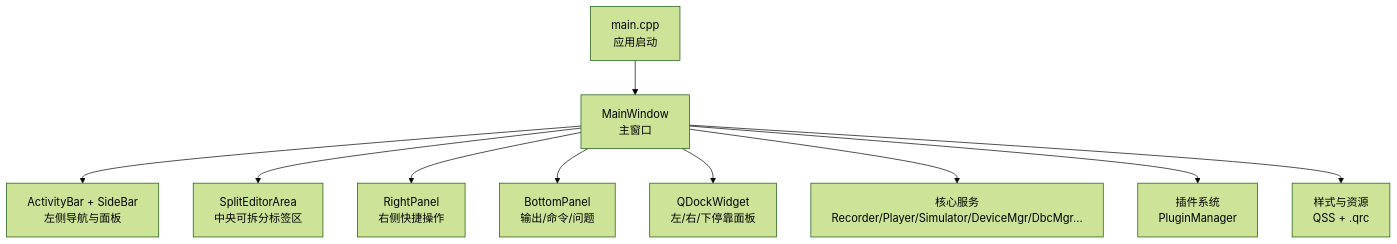
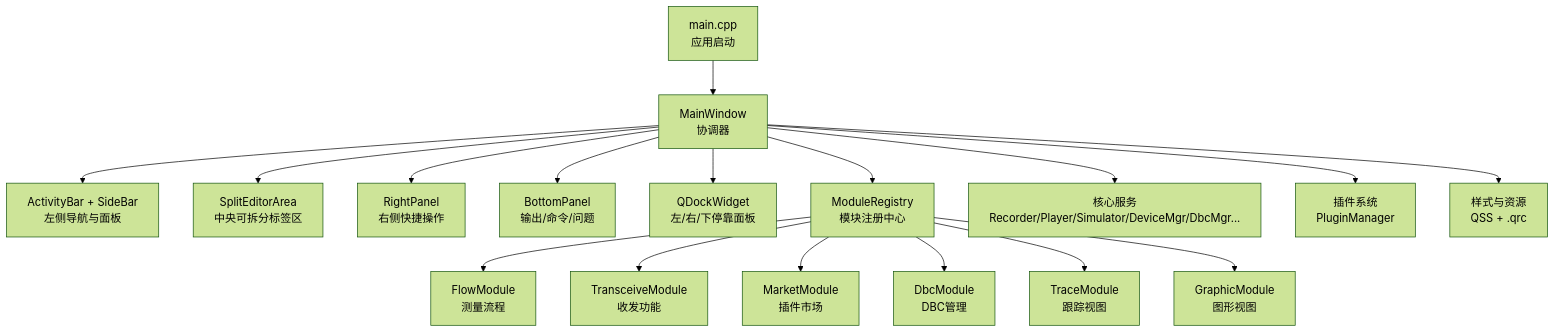
The first of 8 diagrams in .qoder/repowiki/zh/content/架构设计/主窗口组件架构.md (jakecai1225-design/OpenBus), drawn with Mermaid (forest theme) before and after one commit. The commit also changed other lines of this file and 177 other files, not shown here.

````diff
--- a/.qoder/repowiki/zh/content/架构设计/主窗口组件架构.md
+++ b/.qoder/repowiki/zh/content/架构设计/主窗口组件架构.md
@@ -33,12 +46,19 @@
 ```mermaid
 graph TB
-A["main.cpp<br/>应用启动"] --> B["MainWindow<br/>主窗口"]
+A["main.cpp<br/>应用启动"] --> B["MainWindow<br/>协调器"]
 B --> C["ActivityBar + SideBar<br/>左侧导航与面板"]
 B --> D["SplitEditorArea<br/>中央可拆分标签区"]
 B --> E["RightPanel<br/>右侧快捷操作"]
 B --> F["BottomPanel<br/>输出/命令/问题"]
 B --> G["QDockWidget<br/>左/右/下停靠面板"]
-B --> H["核心服务<br/>Recorder/Player/Simulator/DeviceMgr/DbcMgr..."]
-B --> I["插件系统<br/>PluginManager"]
-B --> J["样式与资源<br/>QSS + .qrc"]
+B --> H["ModuleRegistry<br/>模块注册中心"]
+H --> I["FlowModule<br/>测量流程"]
+H --> J["TransceiveModule<br/>收发功能"]
+H --> K["MarketModule<br/>插件市场"]
+H --> L["DbcModule<br/>DBC管理"]
+H --> M["TraceModule<br/>跟踪视图"]
+H --> N["GraphicModule<br/>图形视图"]
+B --> O["核心服务<br/>Recorder/Player/Simulator/DeviceMgr/DbcMgr..."]
+B --> P["插件系统<br/>PluginManager"]
+B --> Q["样式与资源<br/>QSS + .qrc"]
 ```
````
